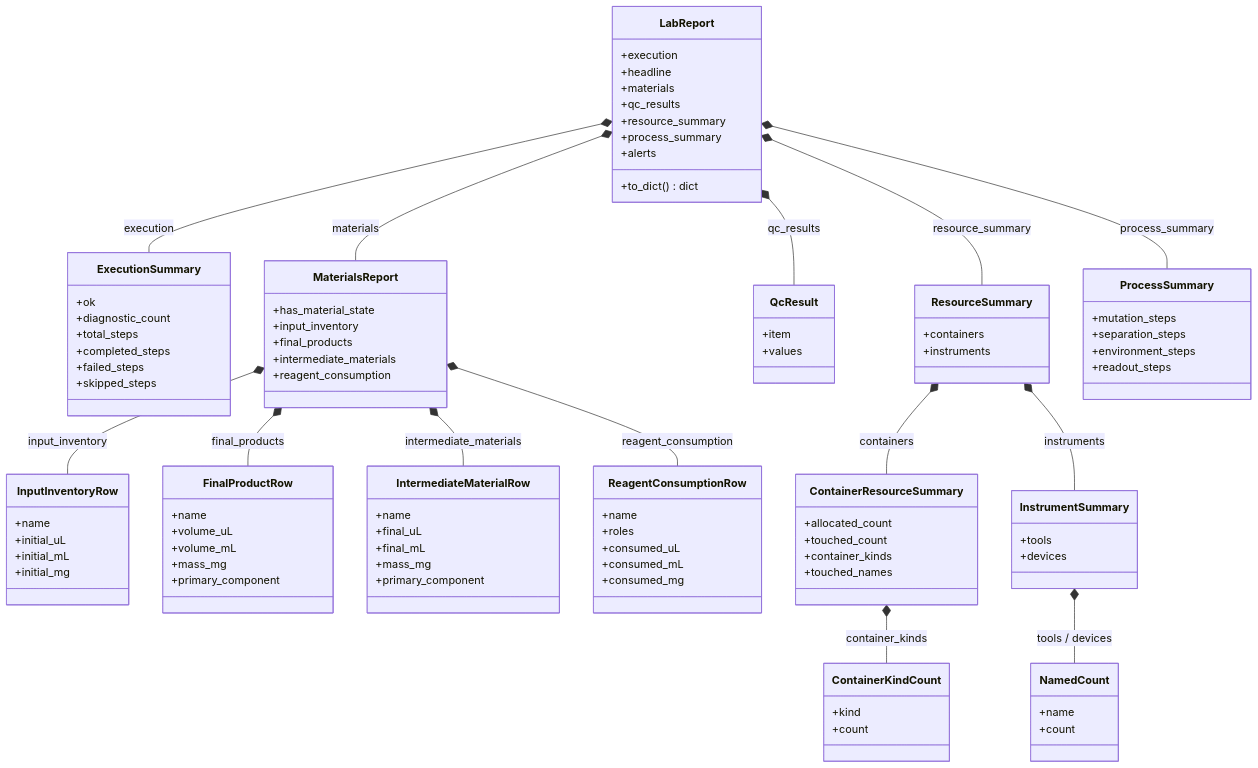
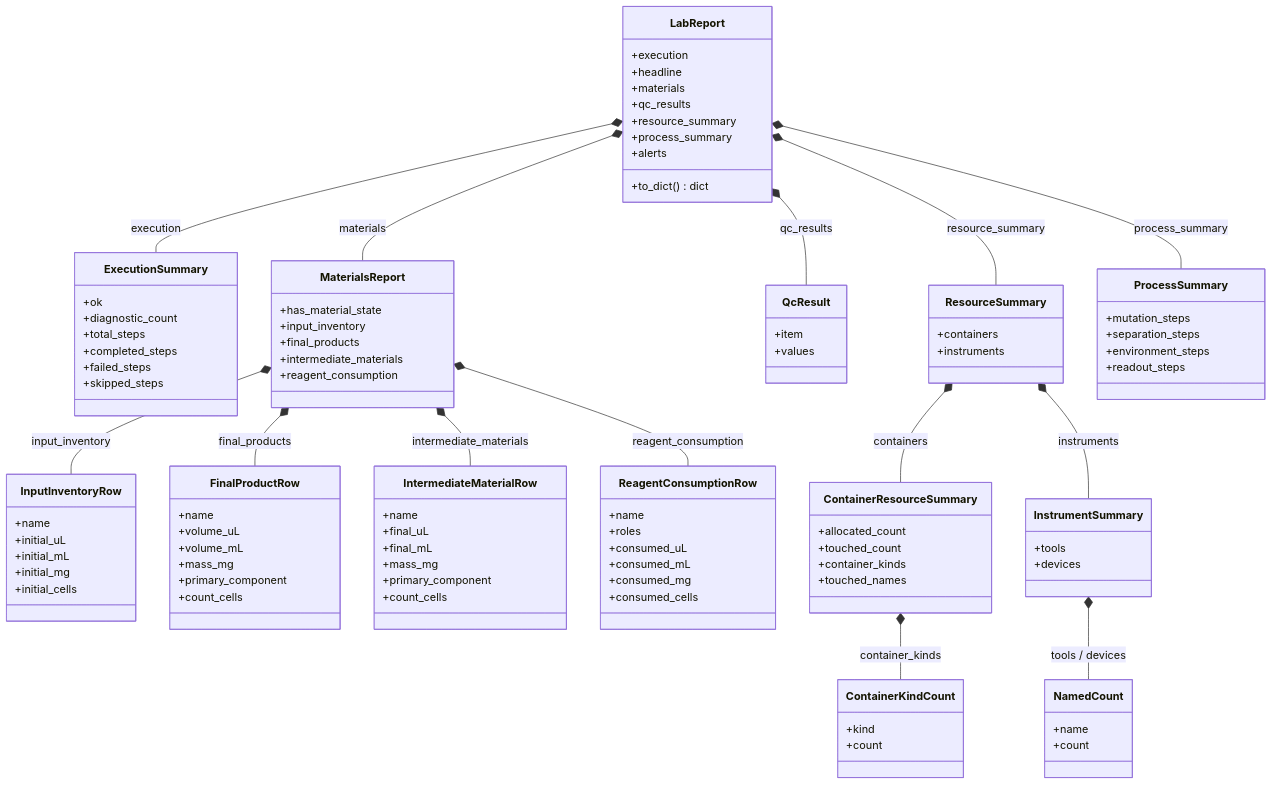
One commit to culsma/culsma changed the seventh of 11 diagrams in docs/architecture/runtime_module_diagrams.md. Above: the diagram before and after it, drawn with Mermaid. The commit also changed other lines of this file and 27 other files, not shown here.

```diff
--- a/docs/architecture/runtime_module_diagrams.md
+++ b/docs/architecture/runtime_module_diagrams.md
@@ -348,6 +352,7 @@
         +initial_uL
         +initial_mL
         +initial_mg
+        +initial_cells
     }
 
     class FinalProductRow {
@@ -356,6 +361,7 @@
         +volume_mL
         +mass_mg
         +primary_component
+        +count_cells
     }
 
     class IntermediateMaterialRow {
@@ -364,6 +370,7 @@
         +final_mL
         +mass_mg
         +primary_component
+        +count_cells
     }
 
     class ReagentConsumptionRow {
@@ -372,6 +379,7 @@
         +consumed_uL
         +consumed_mL
         +consumed_mg
+        +consumed_cells
     }
 
     class QcResult {
```
